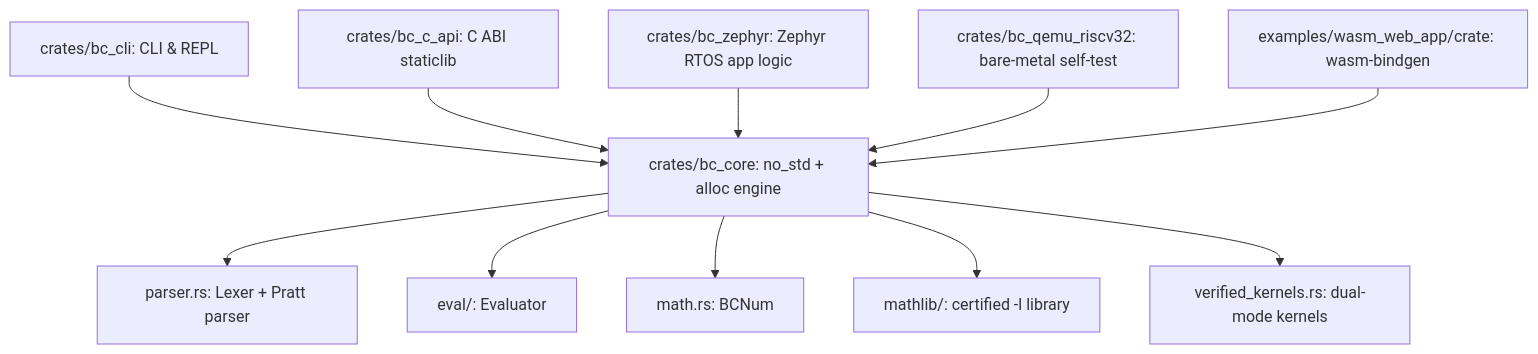
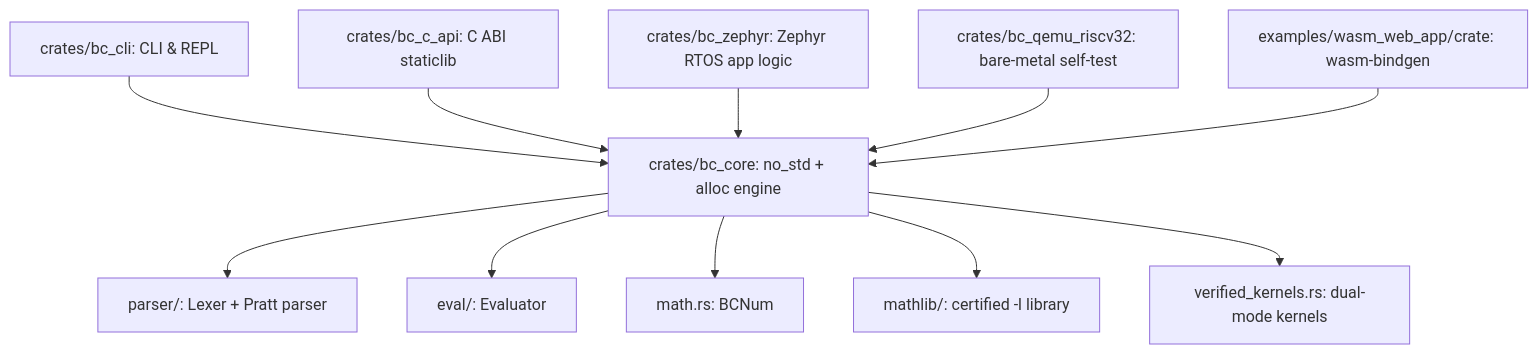
The diagram in AGENTS.md (takayuki-nagata/bc_clone_rs), drawn with Mermaid before and after one commit. The commit also changed other lines of this file and 7 other files, not shown here.

First line of the commit message:
refactor(core): split the parser into lexer, parser and syntax-tree modules

````diff
--- a/AGENTS.md
+++ b/AGENTS.md
@@ -29,13 +29,13 @@
 ```mermaid
 graph TD
     CLI[crates/bc_cli: CLI & REPL] --> Core[crates/bc_core: no_std + alloc engine]
     CAPI[crates/bc_c_api: C ABI staticlib] --> Core
     Zephyr[crates/bc_zephyr: Zephyr RTOS app logic] --> Core
     QEMU[crates/bc_qemu_riscv32: bare-metal self-test] --> Core
     Wasm[examples/wasm_web_app/crate: wasm-bindgen] --> Core
-    Core --> Parser[parser.rs: Lexer + Pratt parser]
+    Core --> Parser[parser/: Lexer + Pratt parser]
     Core --> Eval[eval/: Evaluator]
     Core --> Math[math.rs: BCNum]
     Core --> MathLib[mathlib/: certified -l library]
     Core --> Kernels[verified_kernels.rs: dual-mode kernels]
 ```
````
